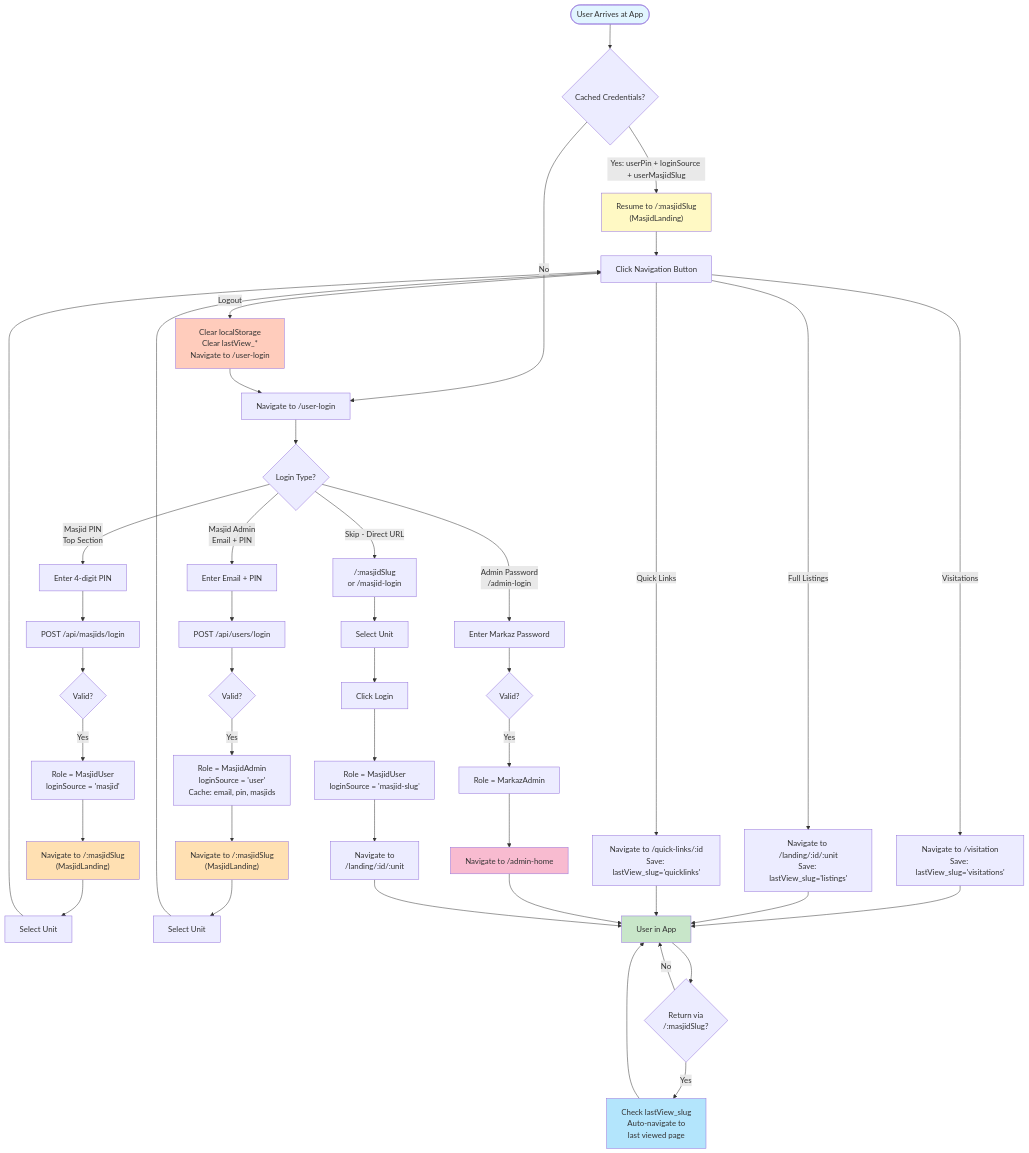
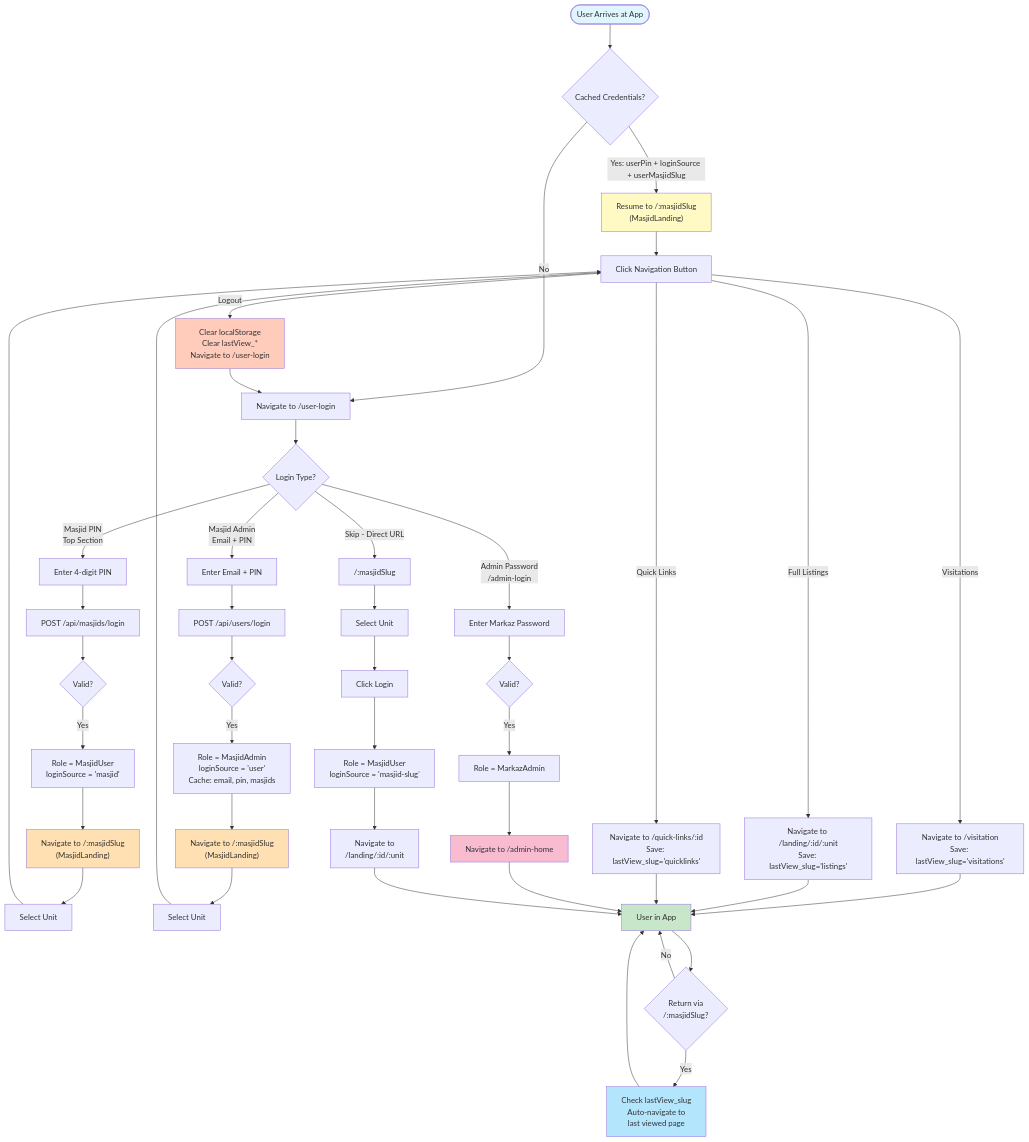
The diagram in docs/login_flow.md (akifshaikh73/markaz-ui), drawn with Mermaid before and after one commit. The commit also changed other lines of this file and 8 other files, not shown here.

Commit message:
refactor(auth): remove insecure /masjid-login route in favor of verified /user-login PIN flow

````diff
--- a/docs/login_flow.md
+++ b/docs/login_flow.md
@@ -139,71 +138,71 @@
 ```mermaid
 graph TD
     Start([User Arrives at App]) --> Check{Cached Credentials?}
     
     Check -->|Yes: userPin + loginSource + userMasjidSlug| Resume["Resume to /:masjidSlug<br/>(MasjidLanding)"]
     Check -->|No| LoginPage["Navigate to /user-login"]
     
     LoginPage --> LoginChoice{Login Type?}
     
     %% MasjidUser PIN Login
     LoginChoice -->|Masjid PIN<br/>Top Section| PIN["Enter 4-digit PIN"]
     PIN --> PINCall["POST /api/masjids/login"]
     PINCall --> PINSuccess{Valid?}
     PINSuccess -->|Yes| PINRole["Role = MasjidUser<br/>loginSource = 'masjid'"]
     PINRole --> MasjidLanding1["Navigate to /:masjidSlug<br/>(MasjidLanding)"]
     
     %% MasjidAdmin Email Login
     LoginChoice -->|Masjid Admin<br/>Email + PIN| Email["Enter Email + PIN"]
     Email --> EmailCall["POST /api/users/login"]
     EmailCall --> EmailSuccess{Valid?}
     EmailSuccess -->|Yes| AdminRole["Role = MasjidAdmin<br/>loginSource = 'user'<br/>Cache: email, pin, masjids"]
     AdminRole --> MasjidLanding2["Navigate to /:masjidSlug<br/>(MasjidLanding)"]
     
     %% Direct Slug Entry
-    LoginChoice -->|Skip - Direct URL| DirectSlug["/:masjidSlug<br/>or /masjid-login"]
+    LoginChoice -->|Skip - Direct URL| DirectSlug["/:masjidSlug"]
     DirectSlug --> SlugUnit["Select Unit"]
     SlugUnit --> SlugButton["Click Login"]
     SlugButton --> SlugRole["Role = MasjidUser<br/>loginSource = 'masjid-slug'"]
     SlugRole --> SlugLanding["Navigate to<br/>/landing/:id/:unit"]
     
     %% MarkazAdmin
     LoginChoice -->|Admin Password<br/>/admin-login| AdminPW["Enter Markaz Password"]
     AdminPW --> AdminPWValid{Valid?}
     AdminPWValid -->|Yes| AdminRole2["Role = MarkazAdmin"]
     AdminRole2 --> AdminHome["Navigate to /admin-home"]
     
     %% MasjidLanding flows
     MasjidLanding1 --> MasjidSelect1["Select Unit"]
     MasjidLanding2 --> MasjidSelect2["Select Unit"]
     MasjidSelect1 --> NavChoice["Click Navigation Button"]
     MasjidSelect2 --> NavChoice
     Resume --> NavChoice
     
     NavChoice -->|Visitations| Visits["Navigate to /visitation<br/>Save: lastView_slug='visitations'"]
     NavChoice -->|Full Listings| List["Navigate to /landing/:id/:unit<br/>Save: lastView_slug='listings'"]
     NavChoice -->|Quick Links| Quick["Navigate to /quick-links/:id<br/>Save: lastView_slug='quicklinks'"]
     
     NavChoice -->|Logout| Logout["Clear localStorage<br/>Clear lastView_*<br/>Navigate to /user-login"]
     
     Visits --> App["User in App"]
     List --> App
     Quick --> App
     AdminHome --> App
     Logout --> LoginPage
     SlugLanding --> App
     
     %% Return visits
     App --> ReturnCheck{Return via<br/>/:masjidSlug?}
     ReturnCheck -->|Yes| AutoNav["Check lastView_slug<br/>Auto-navigate to<br/>last viewed page"]
     ReturnCheck -->|No| App
     AutoNav --> App
 
     style Start fill:#e1f5ff
     style App fill:#c8e6c9
     style Resume fill:#fff9c4
     style MasjidLanding1 fill:#ffe0b2
     style MasjidLanding2 fill:#ffe0b2
     style AdminHome fill:#f8bbd0
     style Logout fill:#ffccbc
     style AutoNav fill:#b3e5fc
 ```
````
